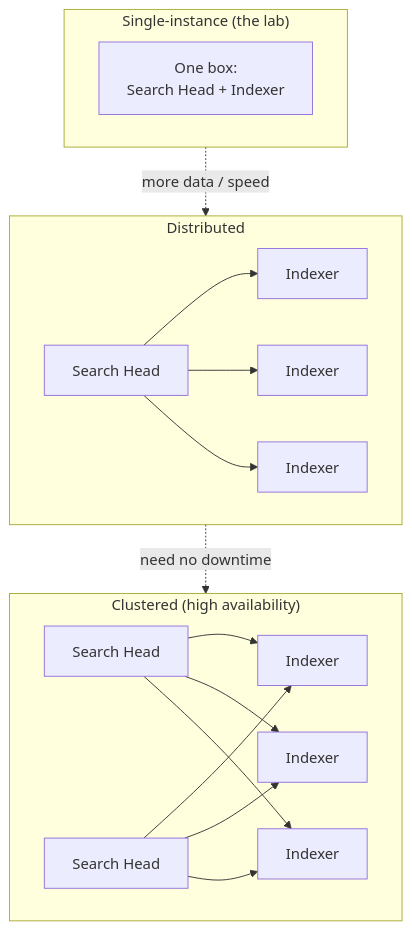
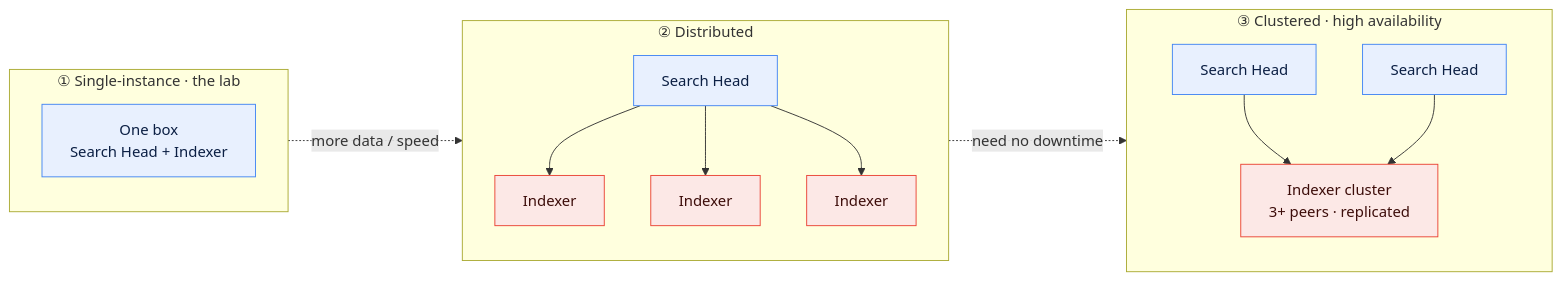
The third of 3 diagrams in README.md (SasanTazayoni/splunk-soc), drawn with Mermaid before and after one commit. The commit also changed other lines of this file, not shown here.

Commit message:
Redesign diagrams for clarity

````diff
--- a/README.md
+++ b/README.md
@@ -728,27 +715,30 @@
 ```mermaid
-flowchart TB
-    subgraph single["Single-instance (the lab)"]
-        A["One box:<br/>Search Head + Indexer"]
+flowchart LR
+    classDef sh fill:#e8f0fe,stroke:#4285f4,color:#0b1f44;
+    classDef ix fill:#fce8e6,stroke:#ea4335,color:#3d0d0a;
+
+    subgraph single["① Single-instance · the lab"]
+        A["One box<br/>Search Head + Indexer"]
     end
 
-    subgraph dist["Distributed"]
-        SH1["Search Head"]
-        SH1 --> IX1["Indexer"]
-        SH1 --> IX2["Indexer"]
-        SH1 --> IX3["Indexer"]
+    subgraph dist["② Distributed"]
+        direction TB
+        D_SH["Search Head"]
+        D_SH --> D_IX1["Indexer"]
+        D_SH --> D_IX2["Indexer"]
+        D_SH --> D_IX3["Indexer"]
     end
 
-    subgraph clust["Clustered (high availability)"]
-        SHa["Search Head"]
-        SHb["Search Head"]
-        SHa --> IXa["Indexer"]
-        SHa --> IXb["Indexer"]
-        SHb --> IXa
-        SHb --> IXb
-        SHb --> IXc["Indexer"]
-        SHa --> IXc
+    subgraph clust["③ Clustered · high availability"]
+        direction TB
+        C_SH1["Search Head"]
+        C_SH2["Search Head"]
+        C_SH1 --> C_IXC["Indexer cluster<br/>3+ peers · replicated"]
+        C_SH2 --> C_IXC
     end
 
-    single -.->|"more data / speed"| dist
-    dist -.->|"need no downtime"| clust
+    single -.->|"more data / speed"| dist -.->|"need no downtime"| clust
+
+    class A,D_SH,C_SH1,C_SH2 sh
+    class D_IX1,D_IX2,D_IX3,C_IXC ix
 ```
````
